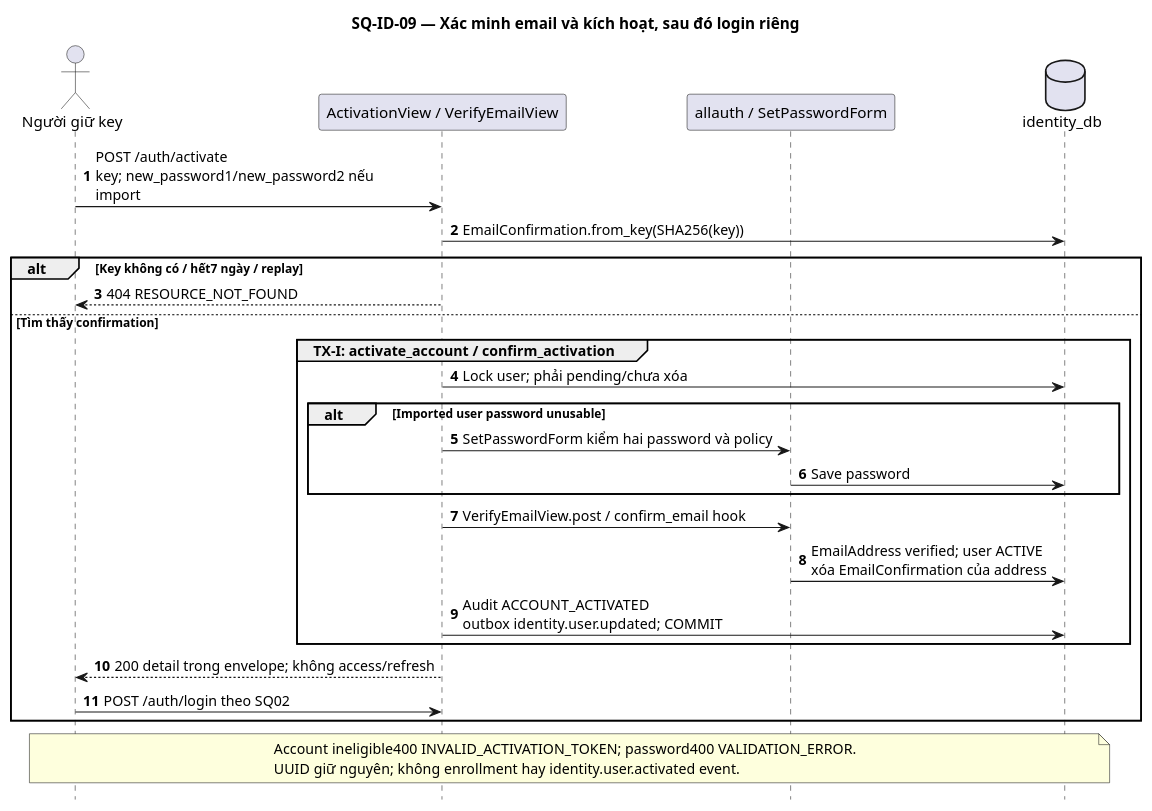
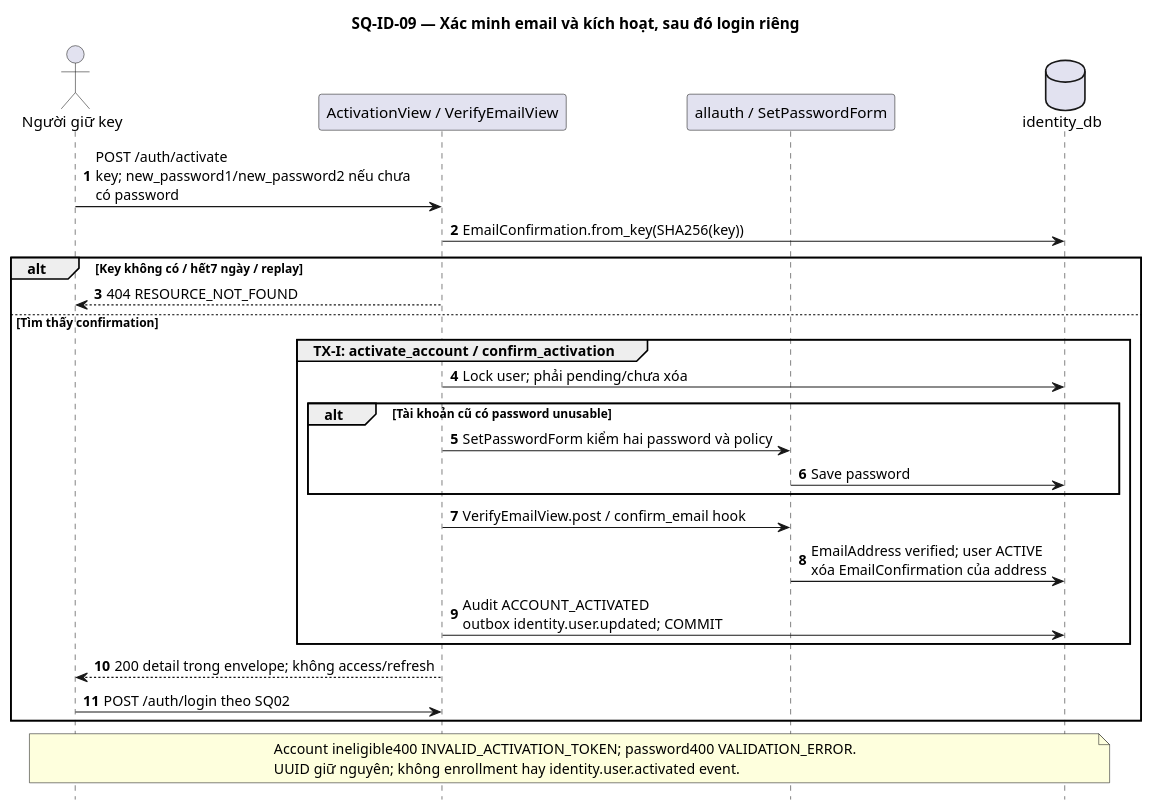
Before and after one commit to TriNguyenThanh/UTask: the ninth of 23 diagrams in docs/diagram/identity-service/sequence.md, drawn with PlantUML. The commit also changed other lines of this file and 5 other files, not shown here.

````diff
--- a/docs/diagram/identity-service/sequence.md
+++ b/docs/diagram/identity-service/sequence.md
@@ -466,35 +466,35 @@
 ```plantuml
 @startuml SQ-ID-09
 skinparam defaultFontName Arial
 skinparam shadowing false
 skinparam sequenceMessageAlign left
 skinparam responseMessageBelowArrow true
 skinparam maxMessageSize 300
 hide footbox
 autonumber
 title SQ-ID-09 — Xác minh email và kích hoạt, sau đó login riêng
 actor "Người giữ key" as U
 participant "ActivationView / VerifyEmailView" as V
 participant "allauth / SetPasswordForm" as A
 database "identity_db" as D
-U -> V : POST /auth/activate\nkey; new_password1/new_password2 nếu import
+U -> V : POST /auth/activate\nkey; new_password1/new_password2 nếu chưa có password
 V -> D : EmailConfirmation.from_key(SHA256(key))
 alt Key không có / hết7 ngày / replay
  V --> U : 404 RESOURCE_NOT_FOUND
 else Tìm thấy confirmation
  group TX-I: activate_account / confirm_activation
   V -> D : Lock user; phải pending/chưa xóa
-  alt Imported user password unusable
+  alt Tài khoản cũ có password unusable
    V -> A : SetPasswordForm kiểm hai password và policy
    A -> D : Save password
   end
   V -> A : VerifyEmailView.post / confirm_email hook
   A -> D : EmailAddress verified; user ACTIVE\nxóa EmailConfirmation của address
   V -> D : Audit ACCOUNT_ACTIVATED\noutbox identity.user.updated; COMMIT
  end
  V --> U : 200 detail trong envelope; không access/refresh
  U -> V : POST /auth/login theo SQ02
 end
 note over U,D : Account ineligible400 INVALID_ACTIVATION_TOKEN; password400 VALIDATION_ERROR.\nUUID giữ nguyên; không enrollment hay identity.user.activated event.
 @enduml
 ```
````
